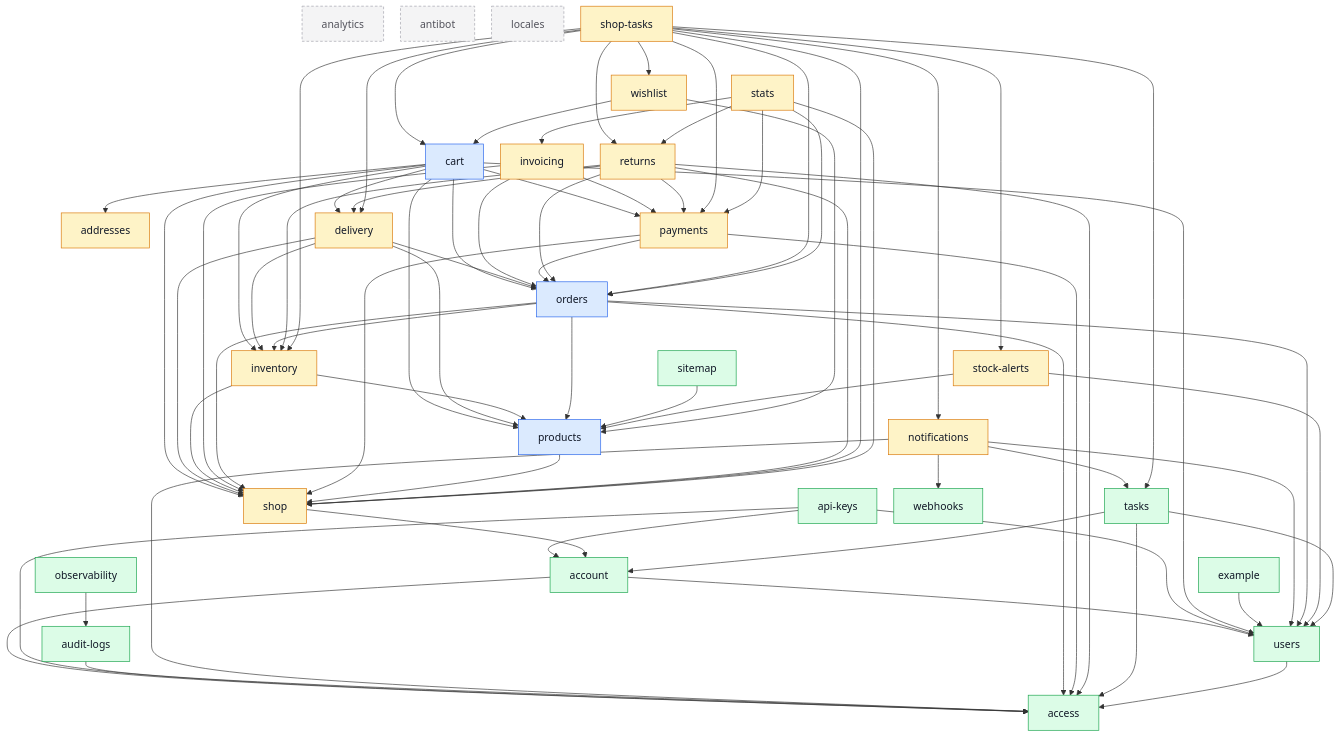
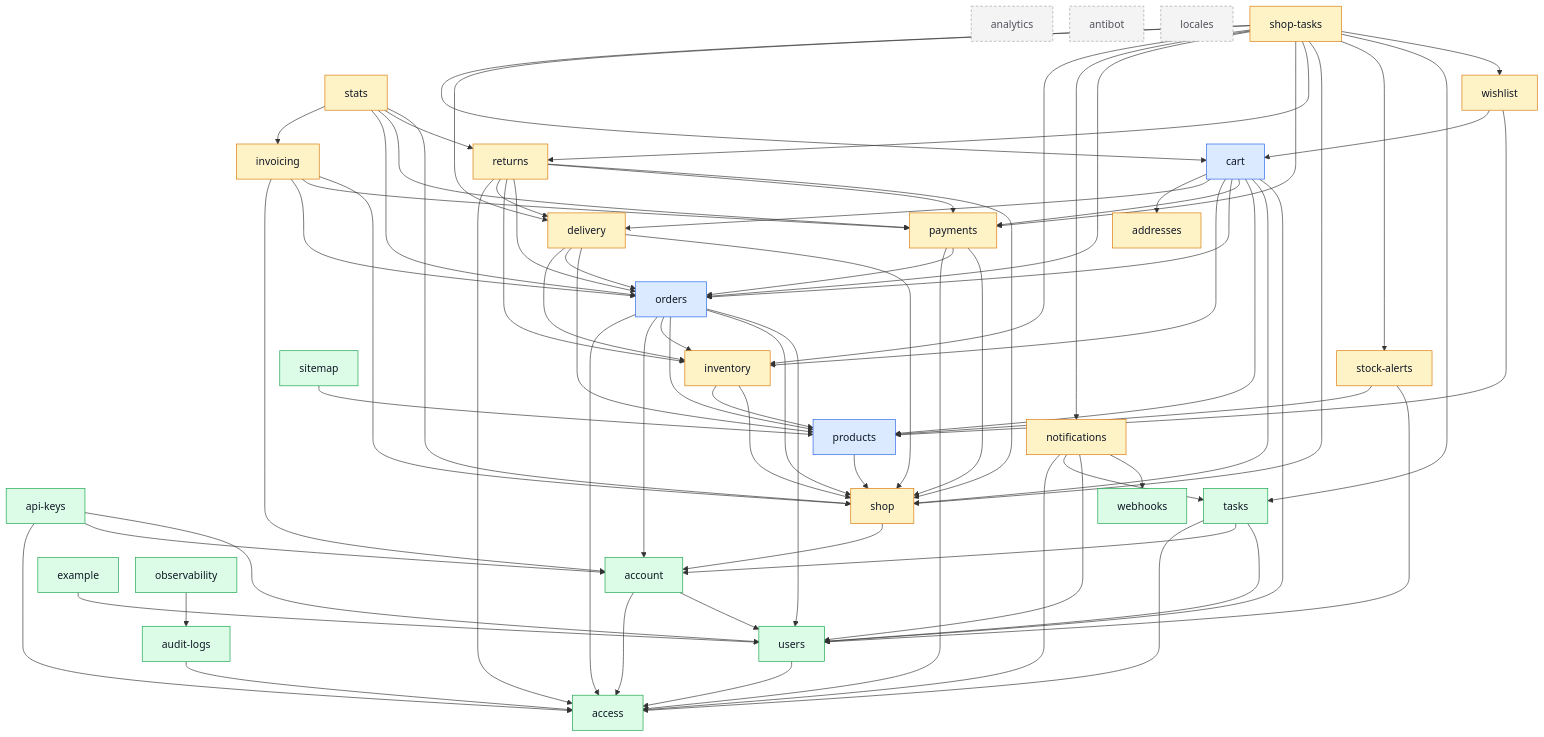
One commit to Guebbit/boilerplate-node-backend changed the diagram in docs/modules/index.md. Above: the diagram before and after it, drawn with Mermaid. The commit also changed other lines of this file and 41 other files, not shown here.

```diff
--- a/docs/modules/index.md
+++ b/docs/modules/index.md
@@ -90,6 +90,7 @@
     example --> users
     inventory --> products
     inventory --> shop
+    invoicing --> account
     invoicing --> orders
     invoicing --> payments
     invoicing --> shop
@@ -99,6 +100,7 @@
     notifications --> webhooks
     observability --> audit_logs
     orders --> access
+    orders --> account
     orders --> inventory
     orders --> products
     orders --> shop
```
